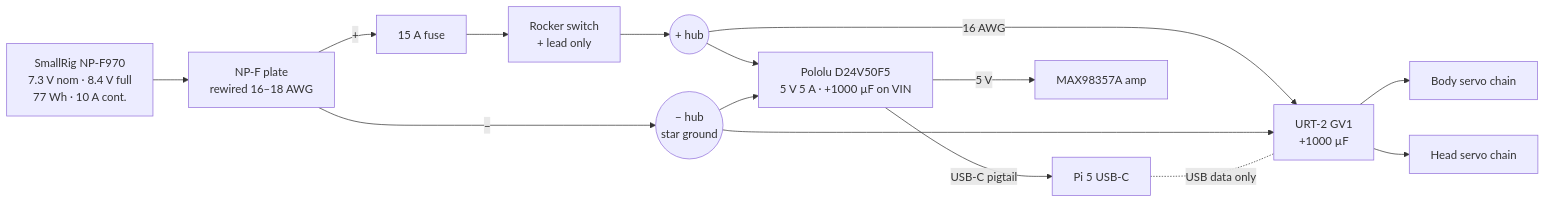
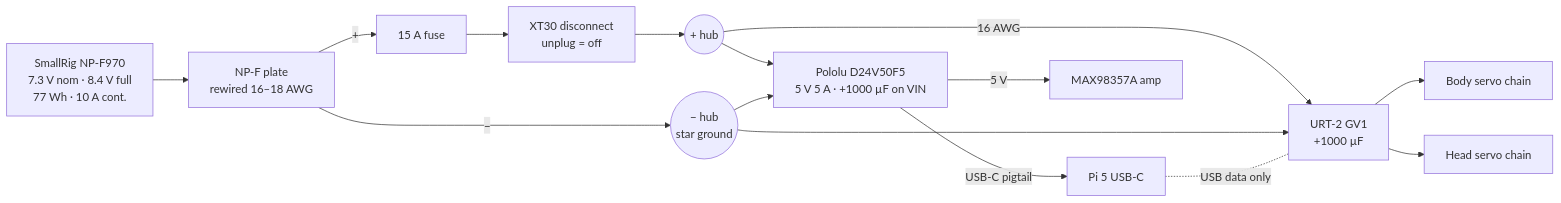
The diagram in docs/power.md (jameslemke10/microdog), drawn with Mermaid before and after one commit. The commit also changed other lines of this file and 5 other files, not shown here.

Commit message:
Plate, speaker, ToF and mic from photos; XT30 replaces the 6 A rocker as main disconnect

````diff
--- a/docs/power.md
+++ b/docs/power.md
@@ -5,18 +5,18 @@
 ```mermaid
 flowchart LR
     BAT["SmallRig NP-F970<br/>7.3 V nom · 8.4 V full<br/>77 Wh · 10 A cont."] --> PLATE[NP-F plate<br/>rewired 16–18 AWG]
-    PLATE -- "+" --> FUSE[15 A fuse] --> SW[Rocker switch<br/>+ lead only] --> HUBP(("+ hub"))
+    PLATE -- "+" --> FUSE[15 A fuse] --> SW[XT30 disconnect<br/>unplug = off] --> HUBP(("+ hub"))
     PLATE -- "−" --> HUBN(("− hub<br/>star ground"))
 
     HUBP -- 16 AWG --> GV1["URT-2 GV1<br/>+1000 µF"]
     HUBN --> GV1
     GV1 --> CH1[Body servo chain]
     GV1 --> CH2[Head servo chain]
 
     HUBP --> REG["Pololu D24V50F5<br/>5 V 5 A · +1000 µF on VIN"]
     HUBN --> REG
     REG -- USB-C pigtail --> PI[Pi 5 USB-C]
     REG -- 5 V --> AMP[MAX98357A amp]
 
     PI -. USB data only .- GV1
 ```
````
